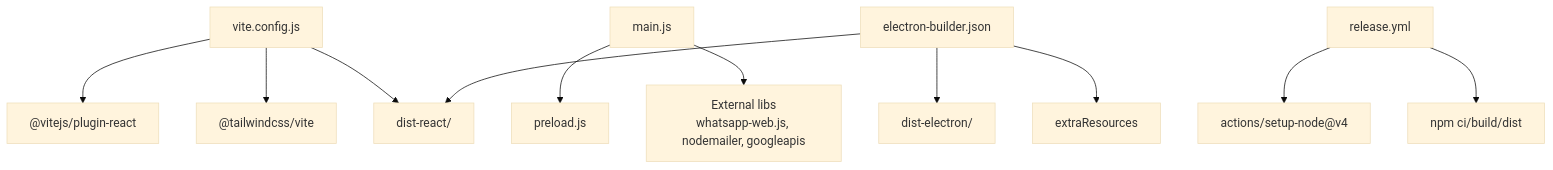
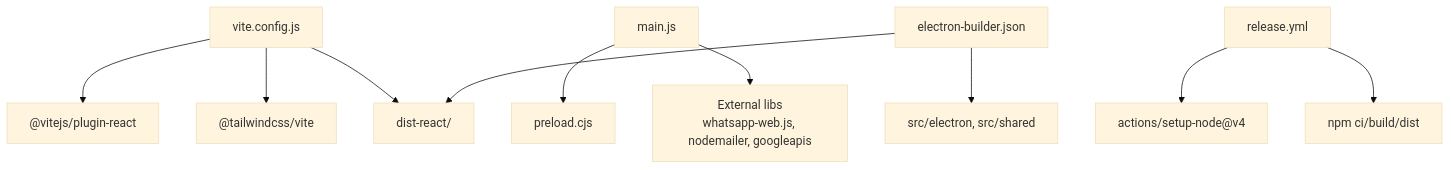
The tenth of 10 diagrams in src/data/docs/bulk-messaging-system/Desktop Application Architecture/Build System and Distribution.md (tashifkhan/tashif.codes), drawn with Mermaid (base theme) before and after one commit. The commit also changed other lines of this file and 2128 other files, not shown here.

First line of the commit message:
docs: replace raster diagram images with native Mermaid across project guides

````diff
--- a/src/data/docs/bulk-messaging-system/Desktop Application Architecture/Build System and Distribution.md
+++ b/src/data/docs/bulk-messaging-system/Desktop Application Architecture/Build System and Distribution.md
@@ -222,13 +223,12 @@
 ```mermaid
 graph TB
 Vite["vite.config.js"] --> ReactPlugin["@vitejs/plugin-react"]
 Vite --> Tailwind["@tailwindcss/vite"]
 Vite --> DistReact["dist-react/"]
-ElectronMain["main.js"] --> Preload["preload.js"]
+ElectronMain["main.js"] --> Preload["preload.cjs"]
 ElectronMain --> ExtLibs["External libs<br/>whatsapp-web.js, nodemailer, googleapis"]
 Builder["electron-builder.json"] --> DistReact
-Builder --> DistElectron["dist-electron/"]
-Builder --> ExtraRes["extraResources"]
+Builder --> ElectronSrc["src/electron, src/shared"]
 GH["release.yml"] --> NodeSetup["actions/setup-node@v4"]
 GH --> NpmCi["npm ci/build/dist"]
 ```
````
